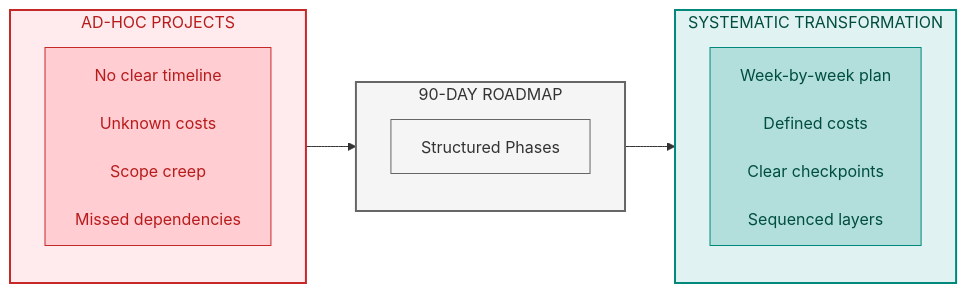
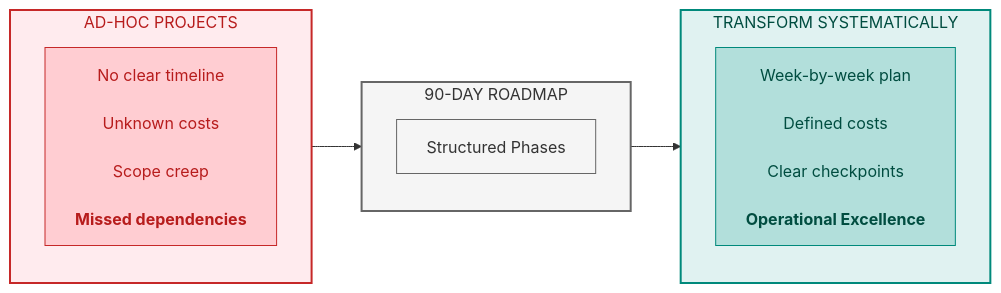
Before and after one commit to colaberry/trust-before-intelligence-book: the first of 7 diagrams in manuscript/11_chapter_10_week_by_week_implementation_v1_2.md, drawn with Mermaid. The commit also changed other lines of this file and 1 other file, not shown here.

Commit message:
Clearning up diagrams.

````diff
--- a/manuscript/11_chapter_10_week_by_week_implementation_v1_2.md
+++ b/manuscript/11_chapter_10_week_by_week_implementation_v1_2.md
@@ -9,28 +9,28 @@
 ```mermaid
 
 graph LR
     subgraph BEFORE["AD-HOC PROJECTS"]
         direction TB
-        B1["No clear timeline<br/><br/>Unknown costs<br/><br/>Scope creep<br/><br/>Missed dependencies"]
+        B1["No clear timeline<br/><br/>Unknown costs<br/><br/>Scope creep<br/><br/><b>Missed dependencies</b>"]
     end
     
     subgraph TRANSFORM["90-DAY ROADMAP"]
         direction TB
         T1["Structured Phases"]
     end
     
-    subgraph AFTER["SYSTEMATIC TRANSFORMATION"]
+    subgraph AFTER["TRANSFORM SYSTEMATICALLY"]
         direction TB
-        A1["Week-by-week plan<br/><br/>Defined costs<br/><br/>Clear checkpoints<br/><br/>Sequenced layers"]
+        A1["Week-by-week plan<br/><br/>Defined costs<br/><br/>Clear checkpoints<br/><br/><b>Operational Excellence</b>"]
     end
     
     BEFORE --> TRANSFORM --> AFTER
     
     style BEFORE fill:#ffebee,stroke:#c62828,stroke-width:2px,color:#b71c1c
     style TRANSFORM fill:#f5f5f5,stroke:#666666,stroke-width:2px,color:#333333
     style AFTER fill:#e0f2f1,stroke:#00897b,stroke-width:2px,color:#004d40
     style B1 fill:#ffcdd2,stroke:#c62828,color:#b71c1c
     style T1 fill:#f5f5f5,stroke:#666666,color:#333333
     style A1 fill:#b2dfdb,stroke:#00897b,color:#004d40
 
 ```
````
